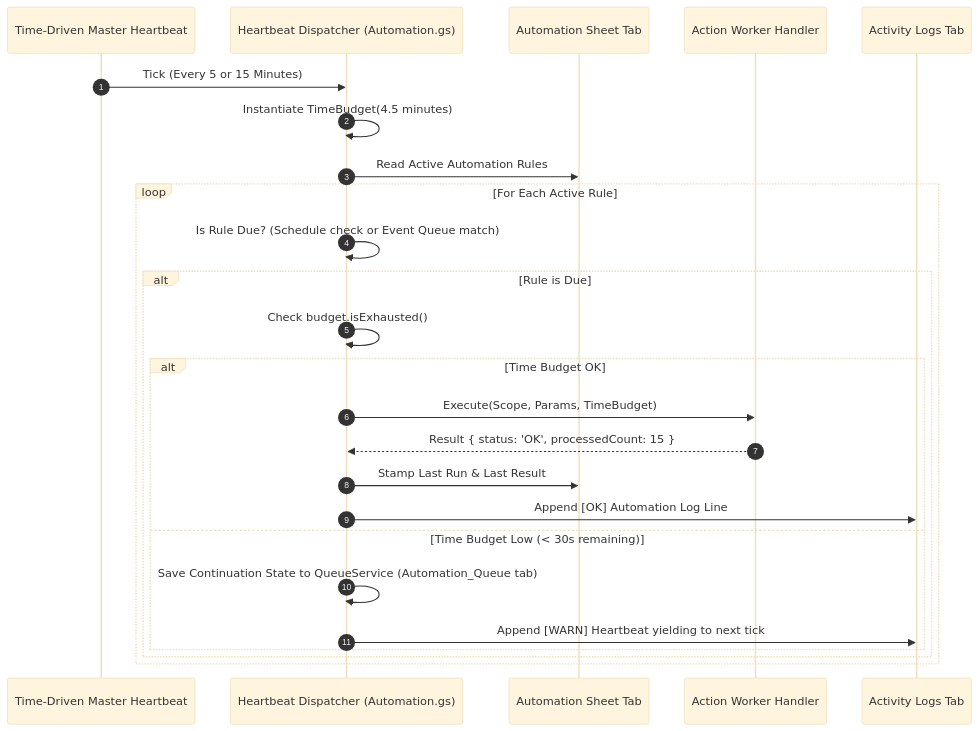
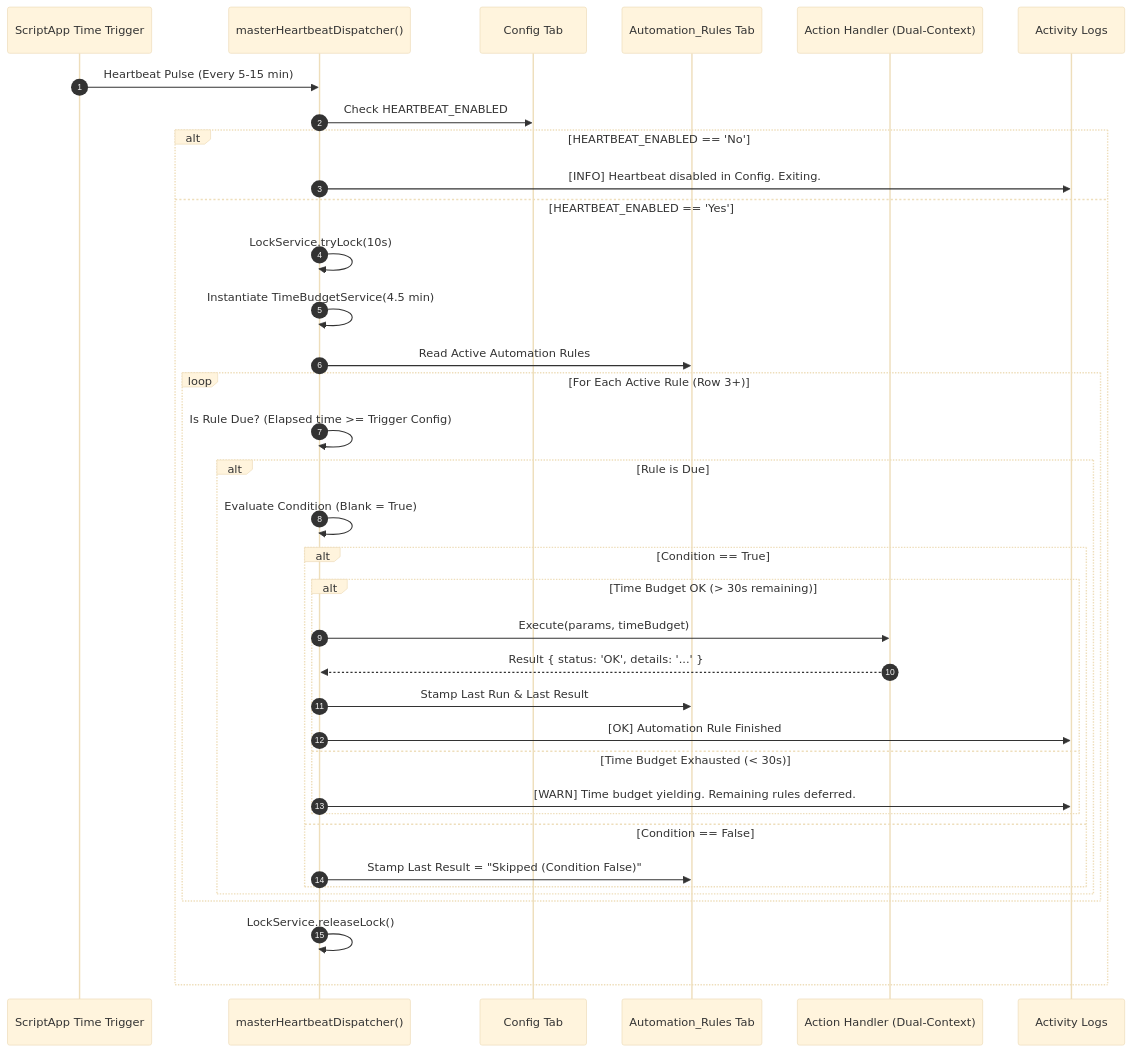
The diagram in Docs/Design/DSGN-AUT-001_Table_Driven_Automation_Engine.md (rohitashs/ParaFlightLog_dist), drawn with Mermaid (base theme) before and after one commit. The commit also changed other lines of this file and 12 other files, not shown here.

Commit message:
feat(automation): implement Table-Driven Automation Engine (DSGN-AUT-001 Rev 2.1, CR-AUT-001, CR-AUT-002)

````diff
--- a/Docs/Design/DSGN-AUT-001_Table_Driven_Automation_Engine.md
+++ b/Docs/Design/DSGN-AUT-001_Table_Driven_Automation_Engine.md
@@ -330,29 +509,40 @@
 ```mermaid
 sequenceDiagram
     autonumber
-    participant Trigger as Time-Driven Master Heartbeat
-    participant Dispatcher as Heartbeat Dispatcher (Automation.gs)
-    participant Sheet as Automation Sheet Tab
-    participant Action as Action Worker Handler
-    participant Log as Activity Logs Tab
+    participant Trigger as ScriptApp Time Trigger
+    participant Dispatcher as masterHeartbeatDispatcher()
+    participant Config as Config Tab
+    participant Sheet as Automation_Rules Tab
+    participant Action as Action Handler (Dual-Context)
+    participant Log as Activity Logs
     
-    Trigger->>Dispatcher: Tick (Every 5 or 15 Minutes)
-    Dispatcher->>Dispatcher: Instantiate TimeBudget(4.5 minutes)
-    Dispatcher->>Sheet: Read Active Automation Rules
-    
-    loop For Each Active Rule
-        Dispatcher->>Dispatcher: Is Rule Due? (Schedule check or Event Queue match)
-        alt Rule is Due
-            Dispatcher->>Dispatcher: Check budget.isExhausted()
-            alt Time Budget OK
-                Dispatcher->>Action: Execute(Scope, Params, TimeBudget)
-                Action-->>Dispatcher: Result { status: 'OK', processedCount: 15 }
-                Dispatcher->>Sheet: Stamp Last Run & Last Result
-                Dispatcher->>Log: Append [OK] Automation Log Line
-            else Time Budget Low (< 30s remaining)
-                Dispatcher->>Dispatcher: Save Continuation State to QueueService (Automation_Queue tab)
-                Dispatcher->>Log: Append [WARN] Heartbeat yielding to next tick
+    Trigger->>Dispatcher: Heartbeat Pulse (Every 5-15 min)
+    Dispatcher->>Config: Check HEARTBEAT_ENABLED
+    alt HEARTBEAT_ENABLED == 'No'
+        Dispatcher->>Log: [INFO] Heartbeat disabled in Config. Exiting.
+    else HEARTBEAT_ENABLED == 'Yes'
+        Dispatcher->>Dispatcher: LockService.tryLock(10s)
+        Dispatcher->>Dispatcher: Instantiate TimeBudgetService(4.5 min)
+        Dispatcher->>Sheet: Read Active Automation Rules
+        
+        loop For Each Active Rule (Row 3+)
+            Dispatcher->>Dispatcher: Is Rule Due? (Elapsed time >= Trigger Config)
+            alt Rule is Due
+                Dispatcher->>Dispatcher: Evaluate Condition (Blank = True)
+                alt Condition == True
+                    alt Time Budget OK (> 30s remaining)
+                        Dispatcher->>Action: Execute(params, timeBudget)
+                        Action-->>Dispatcher: Result { status: 'OK', details: '...' }
+                        Dispatcher->>Sheet: Stamp Last Run & Last Result
+                        Dispatcher->>Log: [OK] Automation Rule Finished
+                    else Time Budget Exhausted (< 30s)
+                        Dispatcher->>Log: [WARN] Time budget yielding. Remaining rules deferred.
+                    end
+                else Condition == False
+                    Dispatcher->>Sheet: Stamp Last Result = "Skipped (Condition False)"
+                end
             end
         end
+        Dispatcher->>Dispatcher: LockService.releaseLock()
     end
 ```
````
